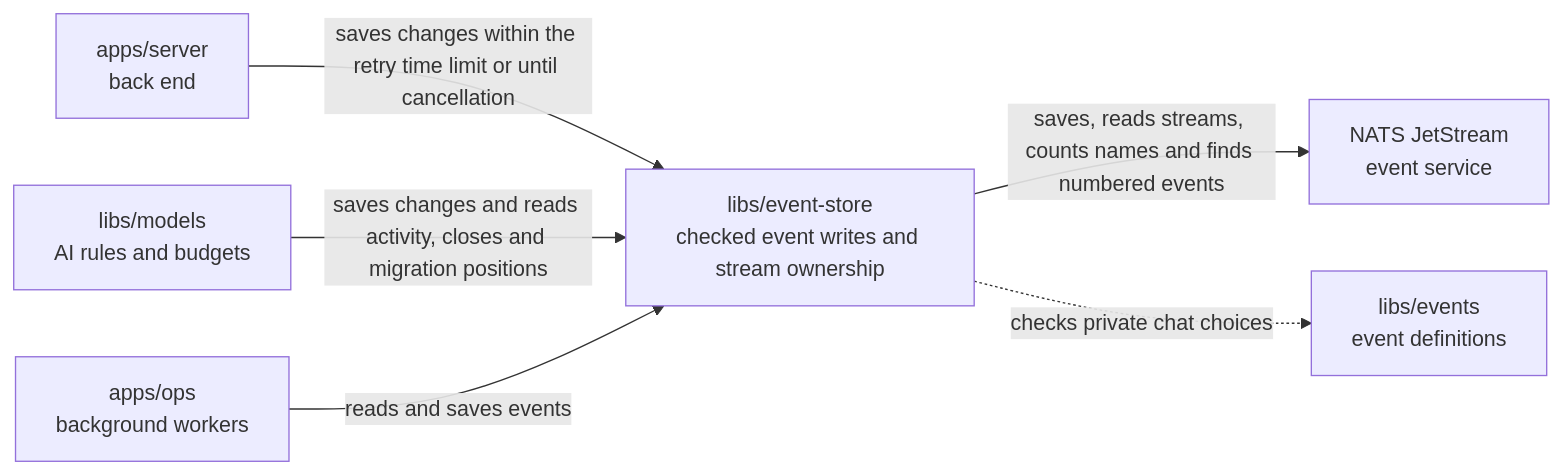
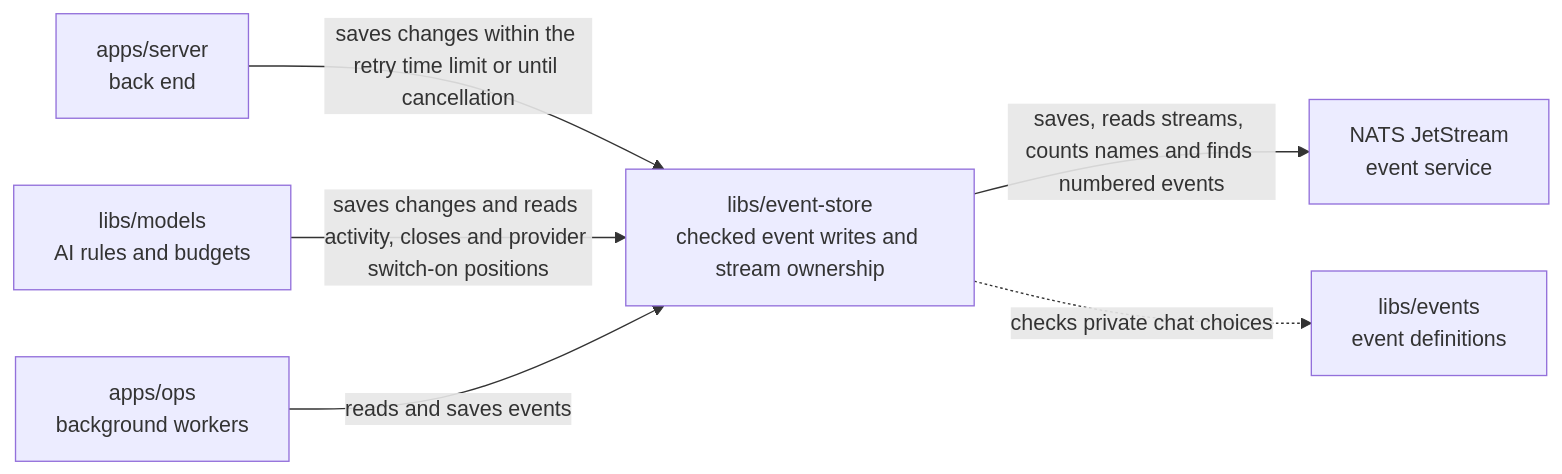
Before and after one commit to elewa-git/opencrane-new: the diagram in libs/event-store/README.md, drawn with Mermaid. The commit also changed other lines of this file and 11 other files, not shown here.

Commit message:
🔌 Record provider switch-on only after a checked drain

````diff
--- a/libs/event-store/README.md
+++ b/libs/event-store/README.md
@@ -22,8 +22,8 @@
 ```mermaid
 flowchart LR
   server["apps/server<br/>back end"] -->|saves changes within the retry time limit or until cancellation| store["libs/event-store<br/>checked event writes and stream ownership"]
-  models["libs/models<br/>AI rules and budgets"] -->|saves changes and reads activity, closes and migration positions| store
+  models["libs/models<br/>AI rules and budgets"] -->|saves changes and reads activity, closes and provider switch-on positions| store
   ops["apps/ops<br/>background workers"] -->|reads and saves events| store
   store -->|saves, reads streams, counts names and finds numbered events| nats["NATS JetStream<br/>event service"]
   store -.->|checks private chat choices| events["libs/events<br/>event definitions"]
 ```
````
